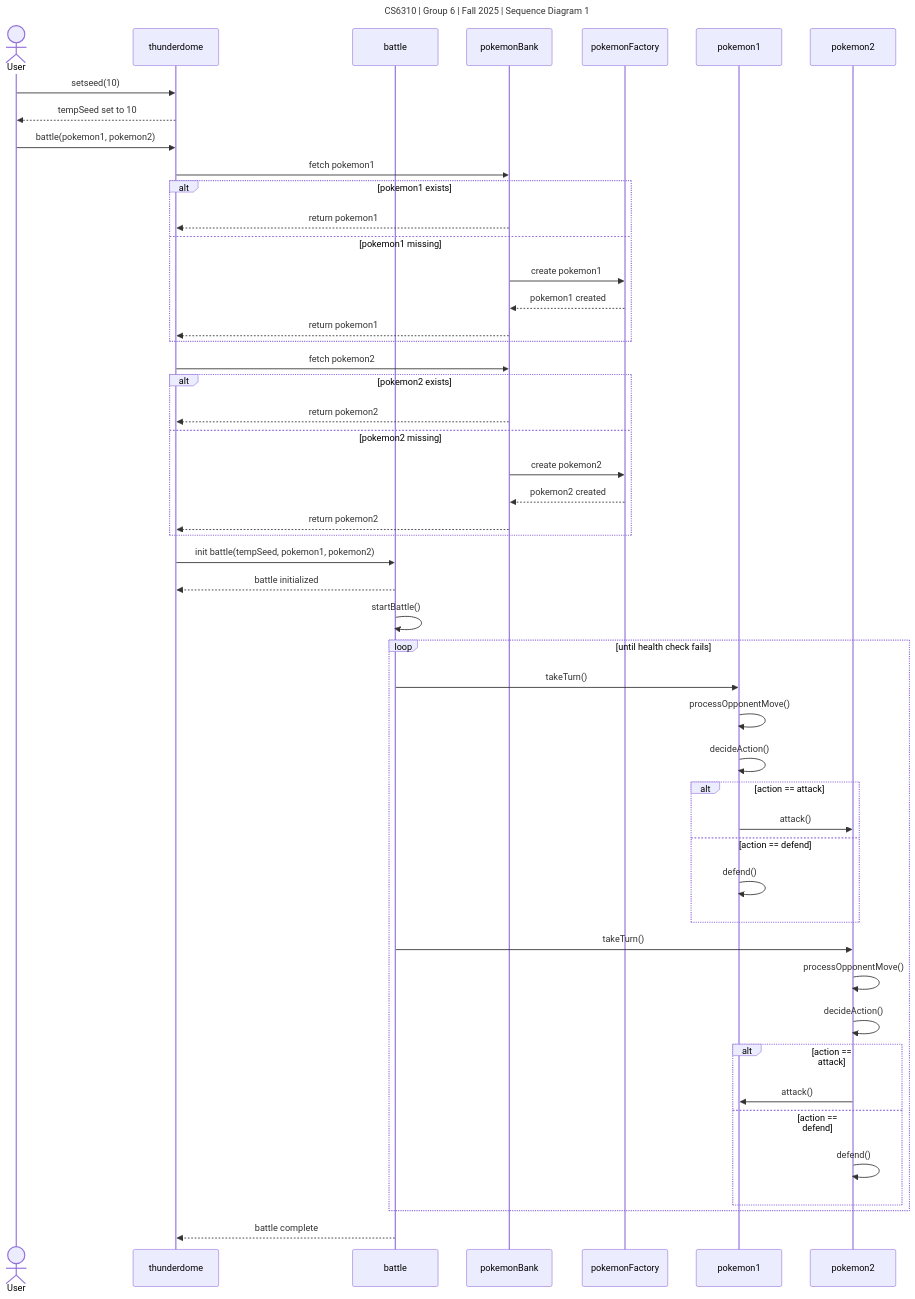
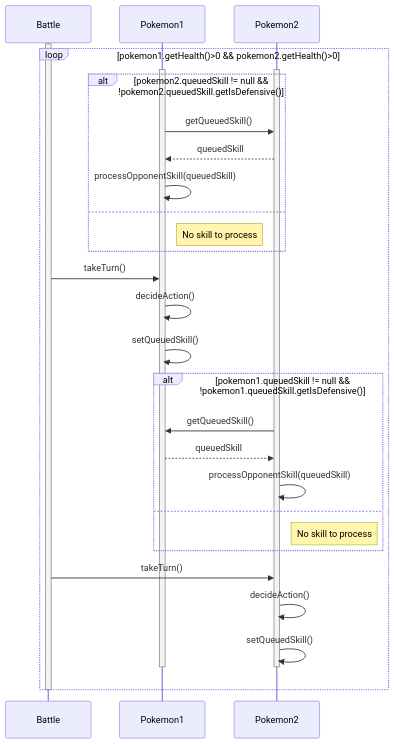
Before and after one commit to seantdeitrich/OMSCS-Notes: the diagram in OMSCS-Notes/CS6310 - Software Architecture & Design/Project/Sequence Diagram.md, drawn with Mermaid. The commit also changed 1 other file, not shown here.

Commit message:
sequence diagram beta

````diff
--- a/OMSCS-Notes/CS6310 - Software Architecture & Design/Project/Sequence Diagram.md
+++ b/OMSCS-Notes/CS6310 - Software Architecture & Design/Project/Sequence Diagram.md
@@ -1,65 +1,39 @@
 ```mermaid
----
-title: CS6310 | Group 6 | Fall 2025 | Sequence Diagram 1
----
 sequenceDiagram
-    actor User
-    participant thunderdome
-    participant battle
-    participant pokemonBank
-    participant pokemonFactory
-    participant pokemon1
-    participant pokemon2
+    participant battle as Battle
+    participant pokemon1 as Pokemon1
+    participant pokemon2 as Pokemon2
 
-    User ->> thunderdome: setseed(10)
-    thunderdome -->> User: tempSeed set to 10
+    activate battle
+    loop pokemon1.getHealth()>0 && pokemon2.getHealth()>0
+	    activate pokemon1
+	    activate pokemon2
+        %% Pokemon1 phase
+        alt pokemon2.queuedSkill != null && !pokemon2.queuedSkill.getIsDefensive()
+            pokemon1->>pokemon2: getQueuedSkill()
+            pokemon2-->>pokemon1: queuedSkill
+            pokemon1->>pokemon1: processOpponentSkill(queuedSkill)
+        else
+            note right of pokemon1: No skill to process
+        end
+        battle->>pokemon1: takeTurn()
+        pokemon1->>pokemon1: decideAction()
+        pokemon1->>pokemon1: setQueuedSkill()
 
-    User ->> thunderdome: battle(pokemon1, pokemon2)
-
-    thunderdome ->> pokemonBank: fetch pokemon1
-    alt pokemon1 exists
-        pokemonBank -->> thunderdome: return pokemon1
-    else pokemon1 missing
-        pokemonBank ->> pokemonFactory: create pokemon1
-        pokemonFactory -->> pokemonBank: pokemon1 created
-        pokemonBank -->> thunderdome: return pokemon1
+        %% Pokemon2 phase
+        alt pokemon1.queuedSkill != null && !pokemon1.queuedSkill.getIsDefensive()
+            pokemon2->>pokemon1: getQueuedSkill()
+            pokemon1-->>pokemon2: queuedSkill
+            pokemon2->>pokemon2: processOpponentSkill(queuedSkill)
+        else
+            note right of pokemon2: No skill to process
+        end
+        battle->>pokemon2: takeTurn()
+        pokemon2->>pokemon2: decideAction()
+        pokemon2->>pokemon2: setQueuedSkill()
+        deactivate pokemon1
+        deactivate pokemon2
     end
 
-    thunderdome ->> pokemonBank: fetch pokemon2
-    alt pokemon2 exists
-        pokemonBank -->> thunderdome: return pokemon2
-    else pokemon2 missing
-        pokemonBank ->> pokemonFactory: create pokemon2
-        pokemonFactory -->> pokemonBank: pokemon2 created
-        pokemonBank -->> thunderdome: return pokemon2
-    end
-
-    thunderdome ->> battle: init battle(tempSeed, pokemon1, pokemon2)
-    battle -->> thunderdome: battle initialized
-
-    battle ->> battle: startBattle()
-
-    loop until health check fails
-        battle ->> pokemon1: takeTurn()
-        pokemon1 ->> pokemon1: processOpponentMove()
-        pokemon1 ->> pokemon1: decideAction()
-        alt action == attack
-            pokemon1 ->> pokemon2: attack()
-        else action == defend
-            pokemon1 ->> pokemon1: defend()
-        end
-
-        battle ->> pokemon2: takeTurn()
-        pokemon2 ->> pokemon2: processOpponentMove()
-        pokemon2 ->> pokemon2: decideAction()
-        alt action == attack
-            pokemon2 ->> pokemon1: attack()
-        else action == defend
-            pokemon2 ->> pokemon2: defend()
-        end
-    end
-
-    battle -->> thunderdome: battle complete
-
-
+    deactivate battle
 ```
````
